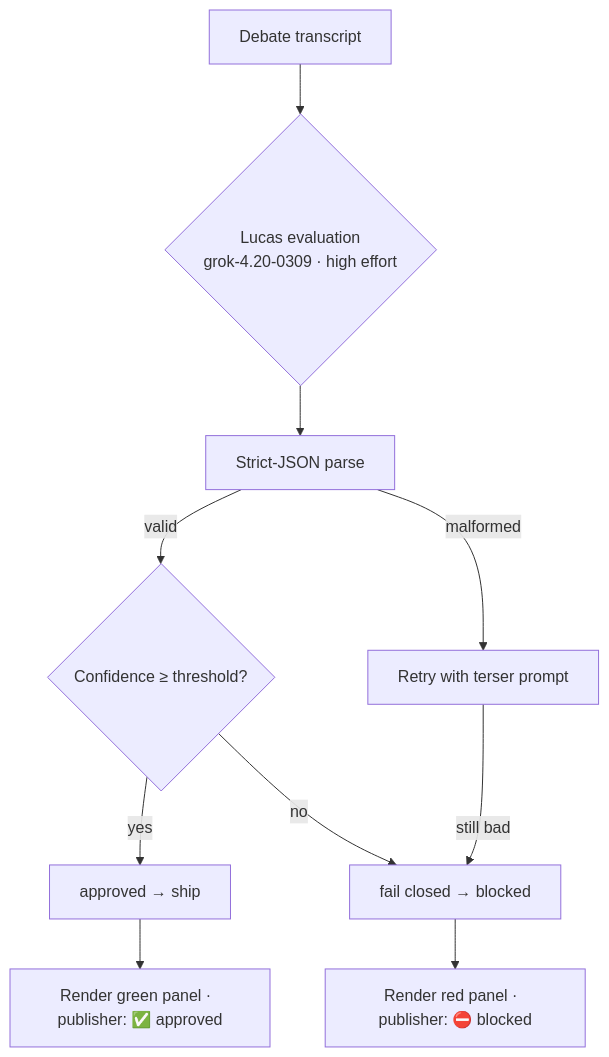
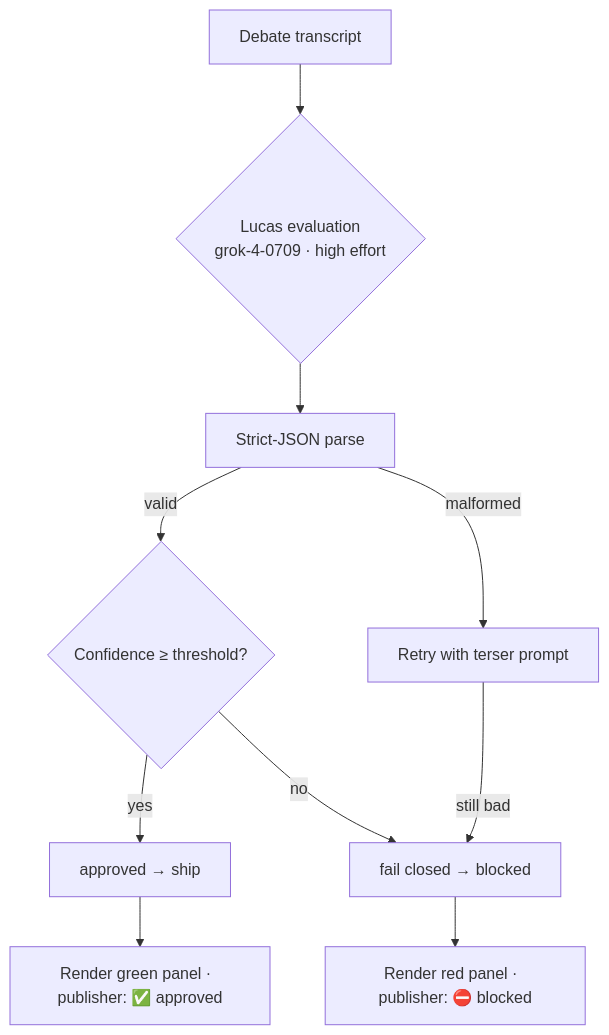
One commit to AgentMindCloud/grok-agent-orchestra changed the diagram in docs/concepts/lucas-veto.md. Above: the diagram before and after it, drawn with Mermaid. The commit also changed other lines of this file and 46 other files, not shown here.

````diff
--- a/docs/concepts/lucas-veto.md
+++ b/docs/concepts/lucas-veto.md
@@ -25,12 +25,12 @@
 ```mermaid
 flowchart TB
-  T[Debate transcript] --> P{Lucas evaluation<br/>grok-4.20-0309 · high effort}
+  T[Debate transcript] --> P{Lucas evaluation<br/>grok-4-0709 · high effort}
   P --> J[Strict-JSON parse]
   J -- valid --> C{Confidence ≥ threshold?}
   J -- malformed --> F1[Retry with terser prompt]
   F1 -- still bad --> X[fail closed → blocked]
   C -- yes --> A[approved → ship]
   C -- no --> X
   X --> R1[Render red panel ·  publisher: ⛔ blocked]
   A --> R2[Render green panel ·  publisher: ✅ approved]
 ```
````
